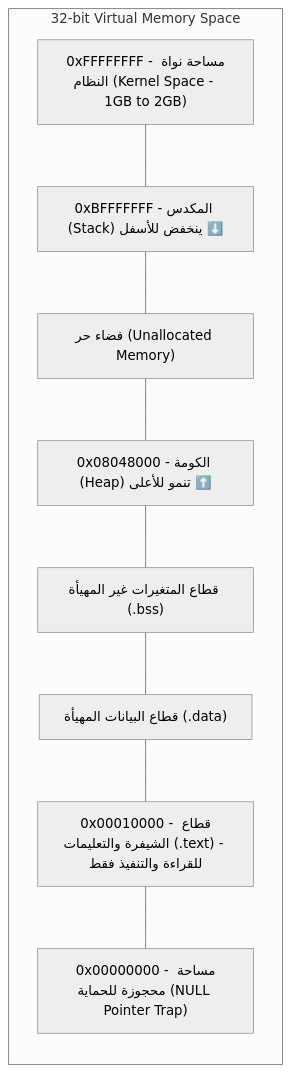
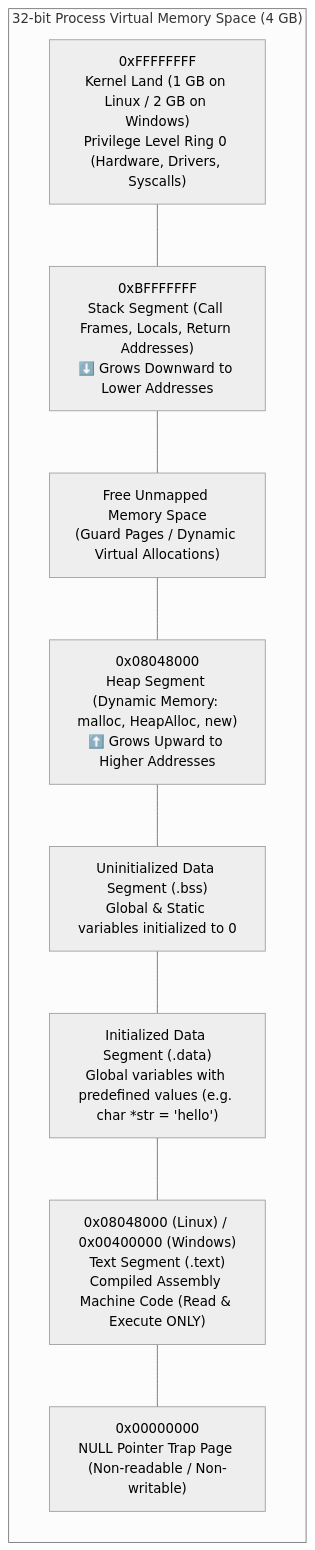
One commit to 3bdo-fathi/3bdo-fathi.github.io changed the third of 3 diagrams in _posts/2026-11-12-ecppt-v3-part-1-system-security-x86-assembly.md. Above: the diagram before and after it, drawn with Mermaid (neutral theme). The commit also changed other lines of this file and 11 other files, not shown here.

````diff
--- a/_posts/2026-11-12-ecppt-v3-part-1-system-security-x86-assembly.md
+++ b/_posts/2026-11-12-ecppt-v3-part-1-system-security-x86-assembly.md
@@ -128,15 +132,16 @@
 ```mermaid
 flowchart TD
-    subgraph Memory ["32-bit Virtual Memory Space"]
+    subgraph VirtualMemory ["32-bit Process Virtual Memory Space (4 GB)"]
         direction TB
-        High["0xFFFFFFFF - مساحة نواة النظام (Kernel Space - 1GB to 2GB)"]
-        Stack["0xBFFFFFFF - المكدس (Stack) ينخفض للأسفل ⬇️"]
-        Empty["فضاء حر (Unallocated Memory)"]
-        Heap["0x08048000 - الكومة (Heap) تنمو للأعلى ⬆️"]
-        BSS["قطاع المتغيرات غير المهيأة (.bss)"]
-        Data["قطاع البيانات المهيأة (.data)"]
-        Text["0x00010000 - قطاع الشيفرة والتعليمات (.text) - للقراءة والتنفيذ فقط"]
-        Low["0x00000000 - مساحة محجوزة للحماية (NULL Pointer Trap)"]
+        KernelSpace["0xFFFFFFFF<br/>Kernel Land (1 GB on Linux / 2 GB on Windows)<br/>Privilege Level Ring 0 (Hardware, Drivers, Syscalls)"]
+        StackSegment["0xBFFFFFFF<br/>Stack Segment (Call Frames, Locals, Return Addresses)<br/>⬇️ Grows Downward to Lower Addresses"]
+        Unallocated["Free Unmapped Memory Space<br/>(Guard Pages / Dynamic Virtual Allocations)"]
+        HeapSegment["0x08048000<br/>Heap Segment (Dynamic Memory: malloc, HeapAlloc, new)<br/>⬆️ Grows Upward to Higher Addresses"]
+        BSSSegment["Uninitialized Data Segment (.bss)<br/>Global & Static variables initialized to 0"]
+        DataSegment["Initialized Data Segment (.data)<br/>Global variables with predefined values (e.g. char *str = 'hello')"]
+        TextSegment["0x08048000 (Linux) / 0x00400000 (Windows)<br/>Text Segment (.text)<br/>Compiled Assembly Machine Code (Read & Execute ONLY)"]
+        NullPage["0x00000000<br/>NULL Pointer Trap Page (Non-readable / Non-writable)"]
     end
-    High --- Stack --- Empty --- Heap --- BSS --- Data --- Text --- Low
+    
+    KernelSpace --- StackSegment --- Unallocated --- HeapSegment --- BSSSegment --- DataSegment --- TextSegment --- NullPage
 ```
````
